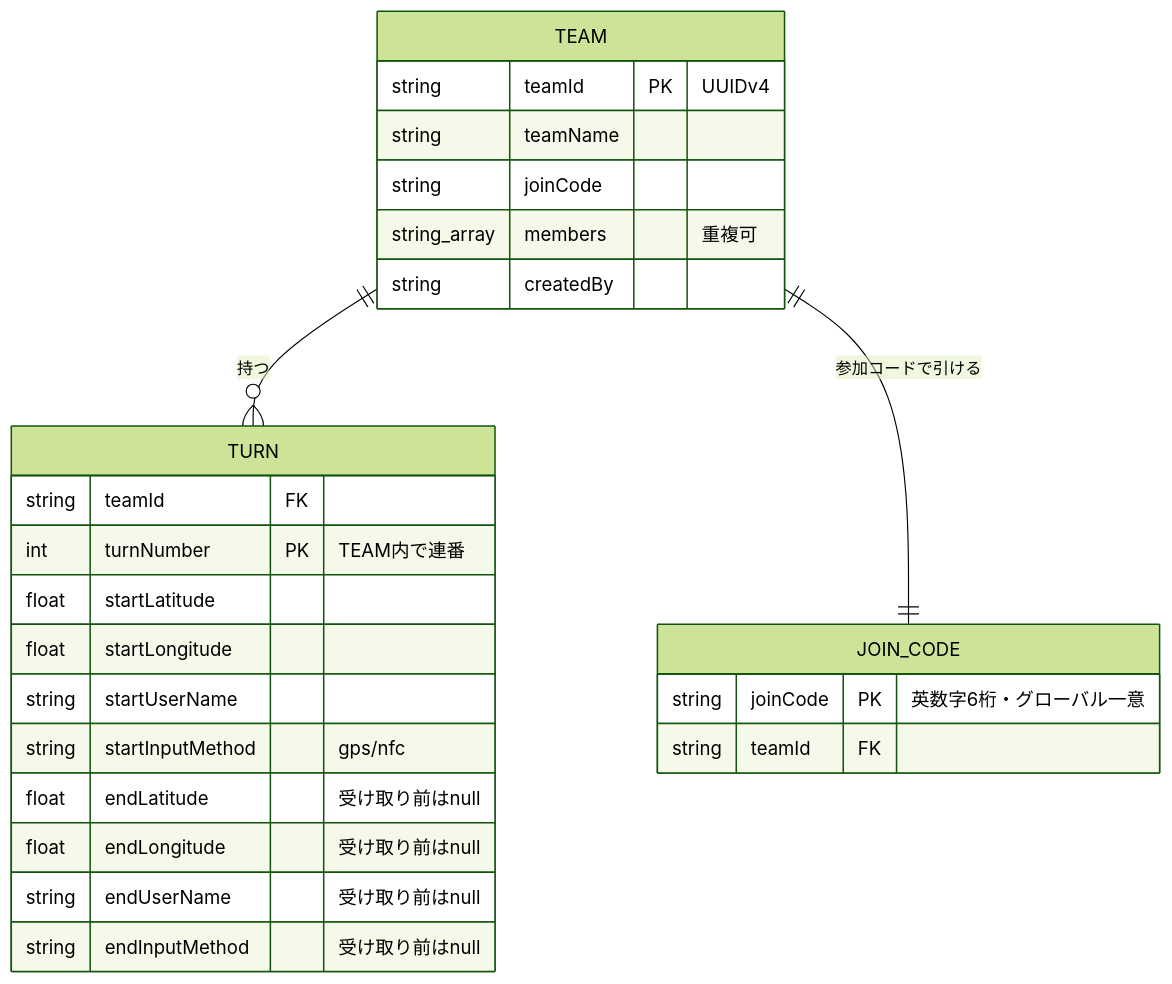
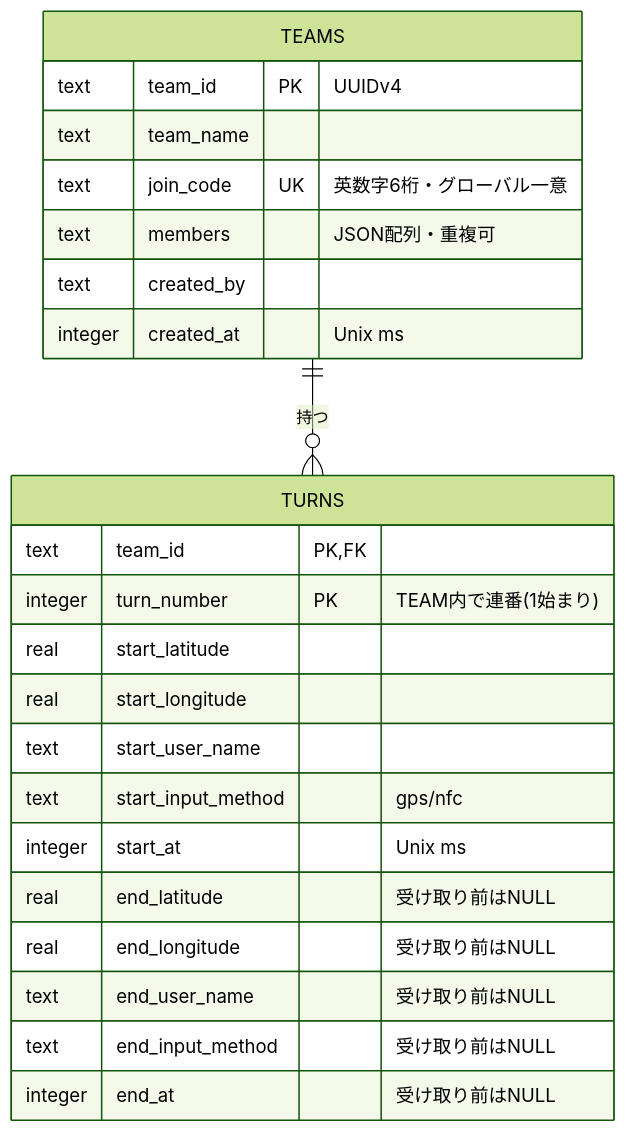
Before and after one commit to zatunohito/relayyy: the diagram in docs/design_overview.md, drawn with Mermaid (forest theme). The commit also changed other lines of this file and 3 other files, not shown here.

````diff
--- a/docs/design_overview.md
+++ b/docs/design_overview.md
@@ -80,29 +73,27 @@
 ```mermaid
 erDiagram
-    TEAM ||--o{ TURN : "持つ"
-    TEAM ||--|| JOIN_CODE : "参加コードで引ける"
+    TEAMS ||--o{ TURNS : "持つ"
 
-    TEAM {
-        string teamId PK "UUIDv4"
-        string teamName
-        string joinCode
-        string_array members "重複可"
-        string createdBy
+    TEAMS {
+        text team_id PK "UUIDv4"
+        text team_name
+        text join_code UK "英数字6桁・グローバル一意"
+        text members "JSON配列・重複可"
+        text created_by
+        integer created_at "Unix ms"
     }
-    JOIN_CODE {
-        string joinCode PK "英数字6桁・グローバル一意"
-        string teamId FK
-    }
-    TURN {
-        string teamId FK
-        int turnNumber PK "TEAM内で連番"
-        float startLatitude
-        float startLongitude
-        string startUserName
-        string startInputMethod "gps/nfc"
-        float endLatitude "受け取り前はnull"
-        float endLongitude "受け取り前はnull"
-        string endUserName "受け取り前はnull"
-        string endInputMethod "受け取り前はnull"
+    TURNS {
+        text team_id PK,FK
+        integer turn_number PK "TEAM内で連番(1始まり)"
+        real start_latitude
+        real start_longitude
+        text start_user_name
+        text start_input_method "gps/nfc"
+        integer start_at "Unix ms"
+        real end_latitude "受け取り前はNULL"
+        real end_longitude "受け取り前はNULL"
+        text end_user_name "受け取り前はNULL"
+        text end_input_method "受け取り前はNULL"
+        integer end_at "受け取り前はNULL"
     }
 ```
````
